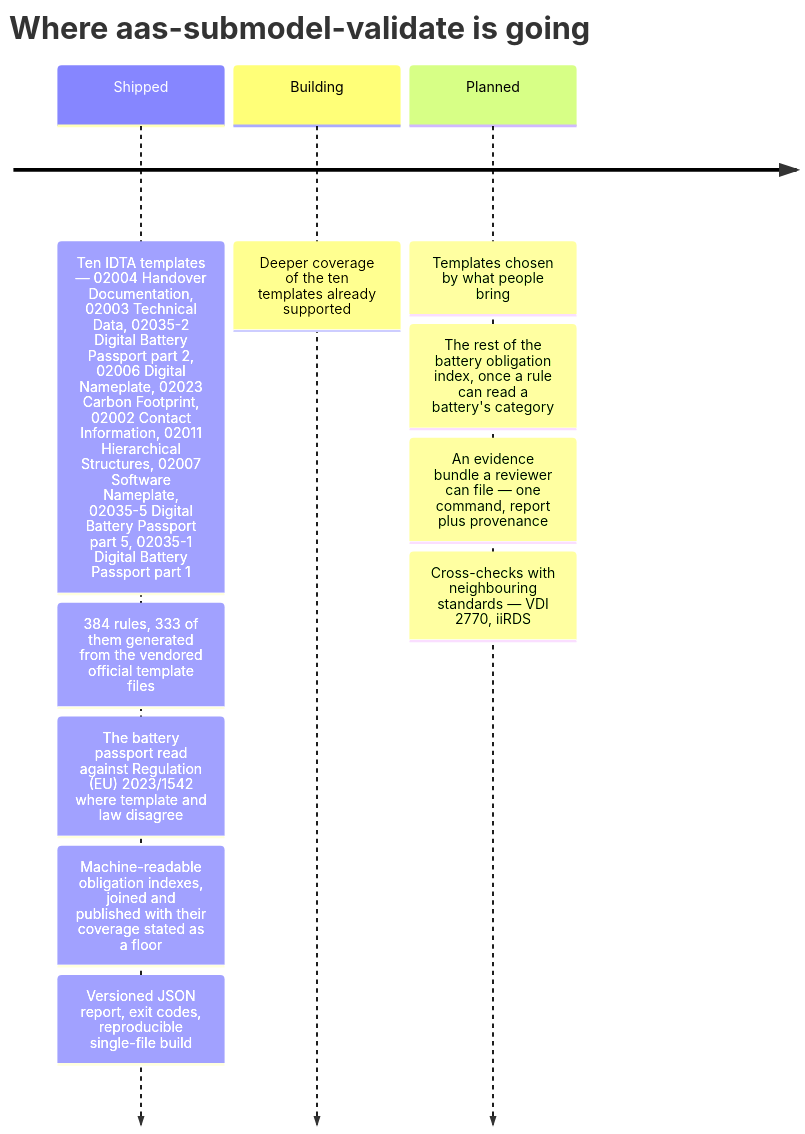
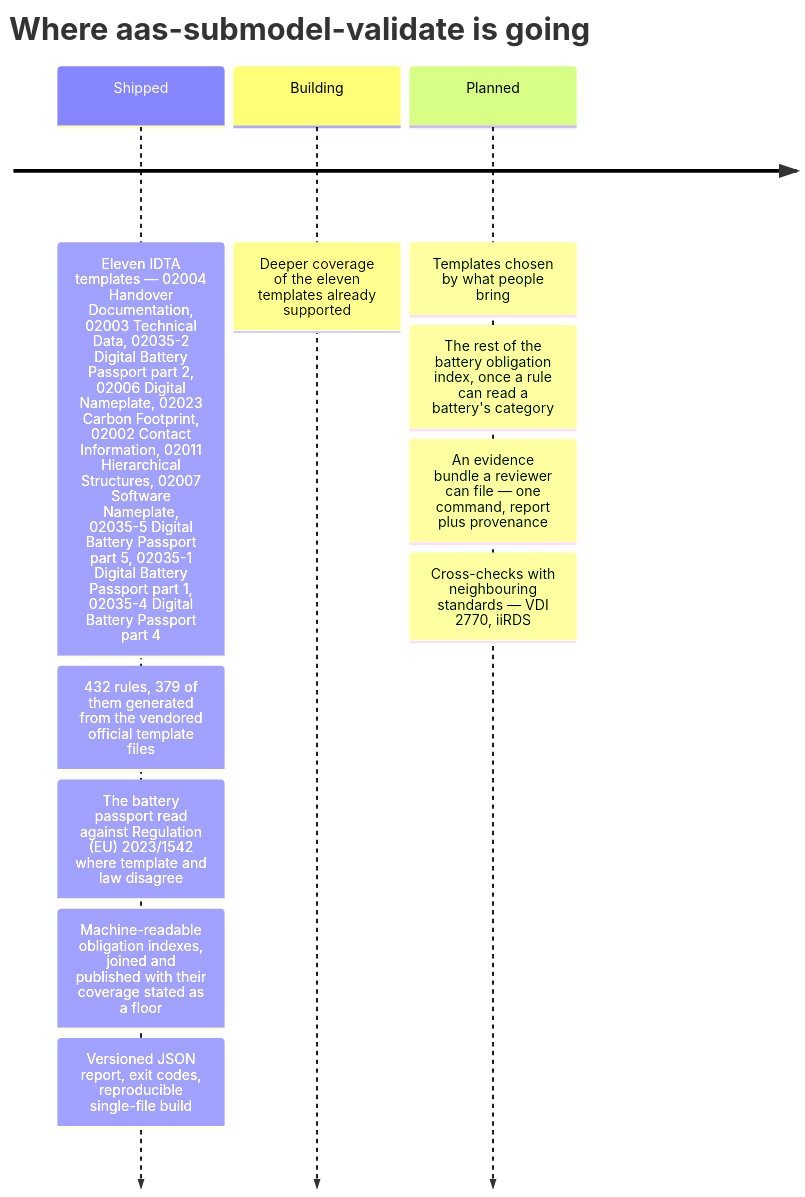
One commit to dev365code/aas-submodel-validate changed the second of 2 diagrams in README.md. Above: the diagram before and after it, drawn with Mermaid. The commit also changed other lines of this file and 37 other files, not shown here.

````diff
--- a/README.md
+++ b/README.md
@@ -279,14 +279,14 @@
 ```mermaid
 timeline
     title Where aas-submodel-validate is going
-    Shipped : Ten IDTA templates — 02004 Handover Documentation, 02003 Technical Data, 02035-2 Digital Battery Passport part 2, 02006 Digital Nameplate, 02023 Carbon Footprint, 02002 Contact Information, 02011 Hierarchical Structures, 02007 Software Nameplate, 02035-5 Digital Battery Passport part 5, 02035-1 Digital Battery Passport part 1
-            : 384 rules, 333 of them generated from the vendored official template files
+    Shipped : Eleven IDTA templates — 02004 Handover Documentation, 02003 Technical Data, 02035-2 Digital Battery Passport part 2, 02006 Digital Nameplate, 02023 Carbon Footprint, 02002 Contact Information, 02011 Hierarchical Structures, 02007 Software Nameplate, 02035-5 Digital Battery Passport part 5, 02035-1 Digital Battery Passport part 1, 02035-4 Digital Battery Passport part 4
+            : 432 rules, 379 of them generated from the vendored official template files
             : The battery passport read against Regulation (EU) 2023/1542 where template and law disagree
             : Machine-readable obligation indexes, joined and published with their coverage stated as a floor
             : Versioned JSON report, exit codes, reproducible single-file build
-    Building : Deeper coverage of the ten templates already supported
+    Building : Deeper coverage of the eleven templates already supported
     Planned : Templates chosen by what people bring
             : The rest of the battery obligation index, once a rule can read a battery's category
             : An evidence bundle a reviewer can file — one command, report plus provenance
             : Cross-checks with neighbouring standards — VDI 2770, iiRDS
 ```
````
